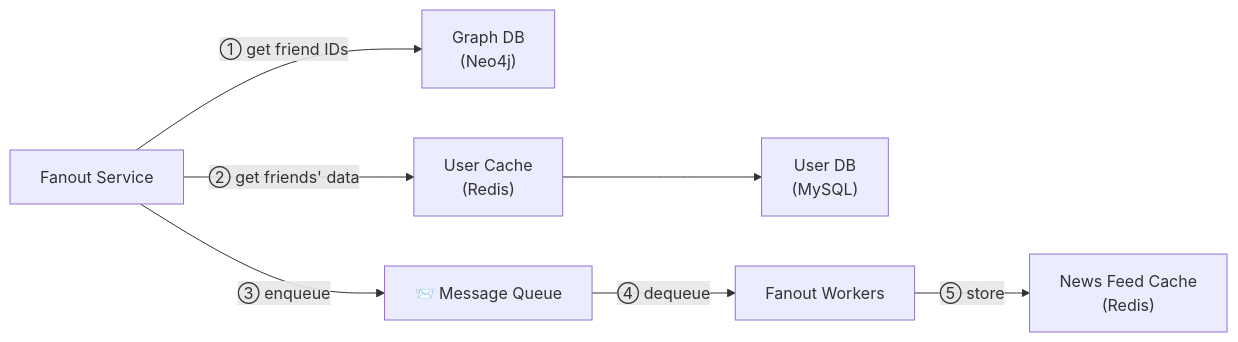
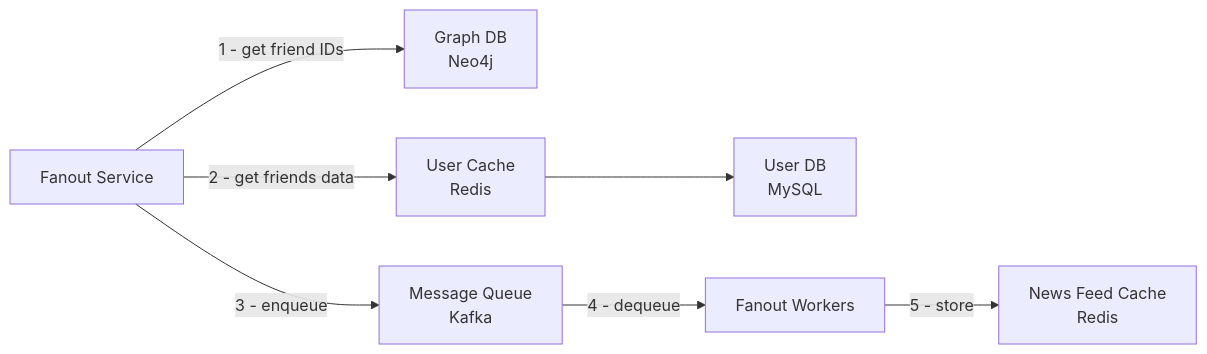
Before and after one commit to Arnavjain1703/HLD: the fourth of 9 diagrams in news-feed-system-design.md, drawn with Mermaid. The commit also changed other lines of this file, not shown here.

````diff
--- a/news-feed-system-design.md
+++ b/news-feed-system-design.md
@@ -181,17 +171,17 @@
 ```mermaid
 flowchart LR
     FanoutSvc["Fanout Service"]
-    GraphDB["Graph DB\n(Neo4j)"]
-    MQ["📨 Message Queue"]
-    UC["User Cache\n(Redis)"]
-    UDB["User DB\n(MySQL)"]
+    GraphDB["Graph DB<br/>Neo4j"]
+    MQ["Message Queue<br/>Kafka"]
+    UC["User Cache<br/>Redis"]
+    UDB["User DB<br/>MySQL"]
     FW["Fanout Workers"]
-    NFC["News Feed Cache\n(Redis)"]
+    NFC["News Feed Cache<br/>Redis"]
 
-    FanoutSvc -->|① get friend IDs| GraphDB
-    FanoutSvc -->|② get friends' data| UC
+    FanoutSvc -->|1 - get friend IDs| GraphDB
+    FanoutSvc -->|2 - get friends data| UC
     UC --> UDB
-    FanoutSvc -->|③ enqueue| MQ
-    MQ -->|④ dequeue| FW
-    FW -->|⑤ store| NFC
+    FanoutSvc -->|3 - enqueue| MQ
+    MQ -->|4 - dequeue| FW
+    FW -->|5 - store| NFC
 ```
````
